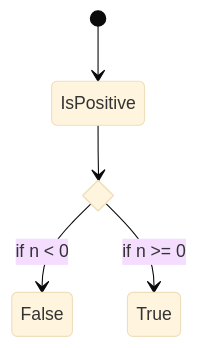
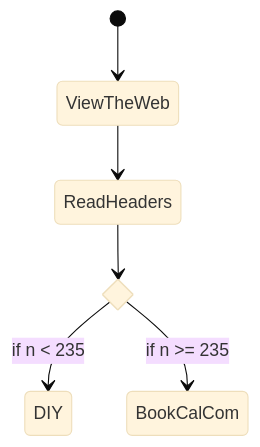
One commit to JAlcocerT/JAlcocerT changed the first of 4 diagrams in content/blog/entre-selling-landing.md. Above: the diagram before and after it, drawn with Mermaid (base theme). The commit also changed other lines of this file and 5 other files, not shown here.

````diff
--- a/content/blog/entre-selling-landing.md
+++ b/content/blog/entre-selling-landing.md
@@ -210,8 +270,9 @@
 ```mermaid
 stateDiagram-v2
     state if_state <<choice>>
-    [*] --> IsPositive
-    IsPositive --> if_state
-    if_state --> False: if n < 0
-    if_state --> True : if n >= 0
+    [*] --> ViewTheWeb
+    ViewTheWeb --> ReadHeaders
+    ReadHeaders --> if_state
+    if_state --> DIY: if n < 235
+    if_state --> BookCalCom : if n >= 235
 ```
````
